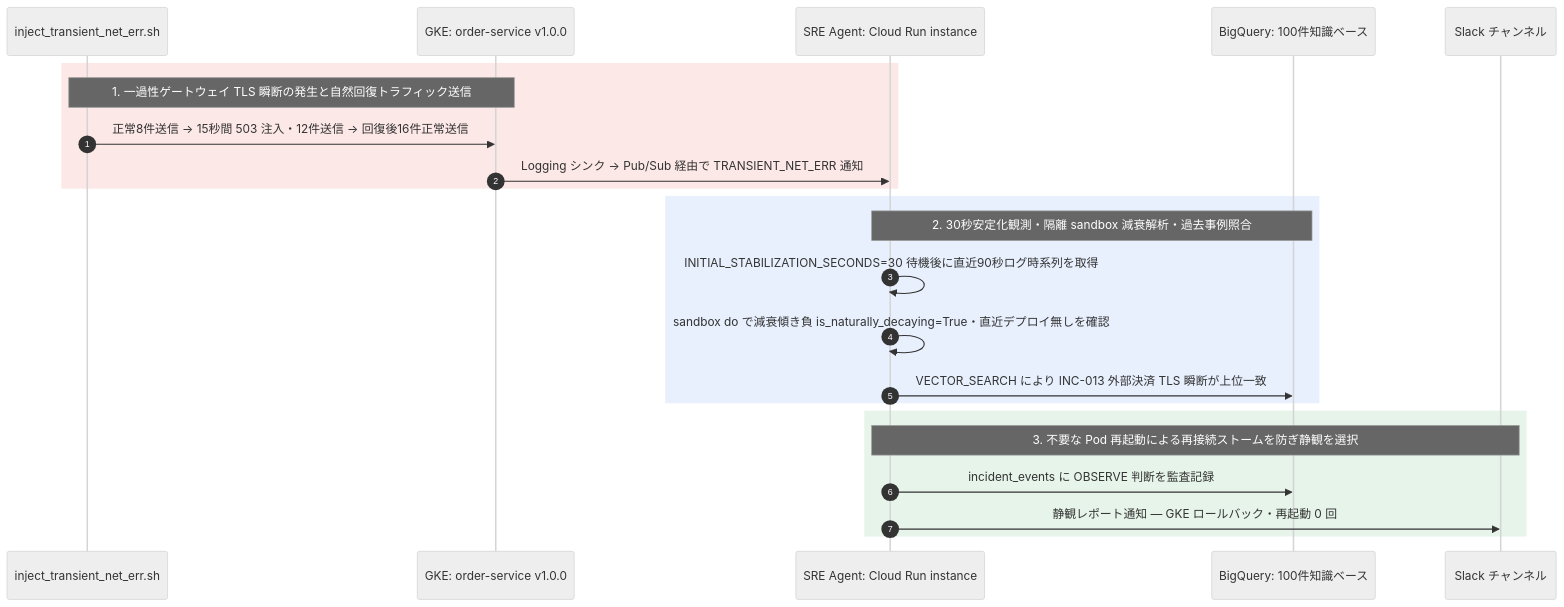
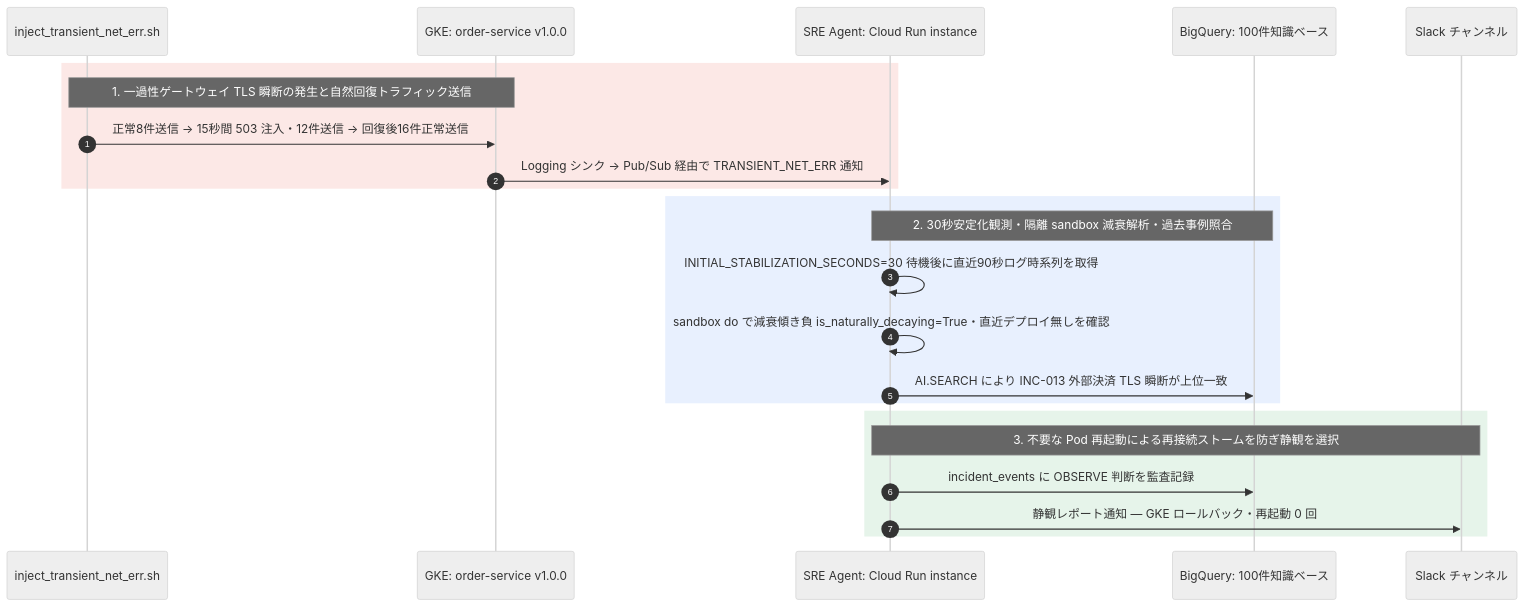
One commit to tyorikan/agentic-sre-handson changed the second of 5 diagrams in docs/05-deploy-cloud-run-instance-and-drills.md. Above: the diagram before and after it, drawn with Mermaid (neutral theme). The commit also changed other lines of this file and 34 other files, not shown here.

````diff
--- a/docs/05-deploy-cloud-run-instance-and-drills.md
+++ b/docs/05-deploy-cloud-run-instance-and-drills.md
@@ -144,28 +144,28 @@
 ```mermaid
 sequenceDiagram
     autonumber
     participant Script as inject_transient_net_err.sh
     participant GKE as GKE: order-service v1.0.0
     participant Agent as SRE Agent: Cloud Run instance
     participant BQ as BigQuery: 100件知識ベース
     participant Slack as Slack チャンネル
 
     rect rgb(252, 232, 230)
         Note over Script,GKE: 1. 一過性ゲートウェイ TLS 瞬断の発生と自然回復トラフィック送信
         Script->>GKE: 正常8件送信 → 15秒間 503 注入・12件送信 → 回復後16件正常送信
         GKE->>Agent: Logging シンク → Pub/Sub 経由で TRANSIENT_NET_ERR 通知
     end
 
     rect rgb(232, 240, 254)
         Note over Agent,BQ: 2. 30秒安定化観測・隔離 sandbox 減衰解析・過去事例照合
         Agent->>Agent: INITIAL_STABILIZATION_SECONDS=30 待機後に直近90秒ログ時系列を取得
         Agent->>Agent: sandbox do で減衰傾き負 is_naturally_decaying=True・直近デプロイ無しを確認
-        Agent->>BQ: VECTOR_SEARCH により INC-013 外部決済 TLS 瞬断が上位一致
+        Agent->>BQ: AI.SEARCH により INC-013 外部決済 TLS 瞬断が上位一致
     end
 
     rect rgb(230, 244, 234)
         Note over Agent,Slack: 3. 不要な Pod 再起動による再接続ストームを防ぎ静観を選択
         Agent->>BQ: incident_events に OBSERVE 判断を監査記録
         Agent->>Slack: 静観レポート通知 — GKE ロールバック・再起動 0 回
     end
 ```
````
